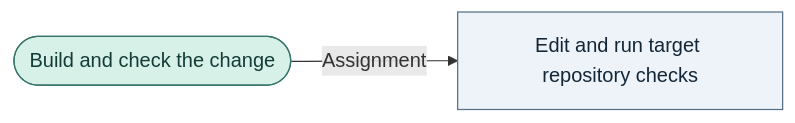
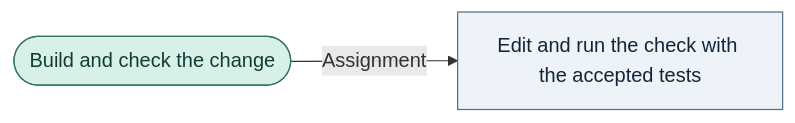
The diagram in docs/graph/blueprint/views/workers/builder.mmd (bookout-labs/tools), drawn with Mermaid before and after one commit. The commit also changed 40 other files, not shown here.

```diff
--- a/docs/graph/blueprint/views/workers/builder.mmd
+++ b/docs/graph/blueprint/views/workers/builder.mmd
@@ -1,9 +1,9 @@
 flowchart LR
     n0(["Build and check the change"]):::worker
-    n1["Edit and run target repository checks"]:::step
+    n1["Edit and run the check with the accepted tests"]:::step
     n0 -->|"Assignment"| n1
     classDef stage fill:#dcebf8,stroke:#315675,color:#10283b
     classDef step fill:#edf3f8,stroke:#597187,color:#132638
     classDef worker fill:#d7f0e8,stroke:#357369,color:#133c36
     classDef gate fill:#fff0c9,stroke:#89641f,color:#3f2b0b
     classDef terminal fill:#f0f0f0,stroke:#666666,color:#202020
```
